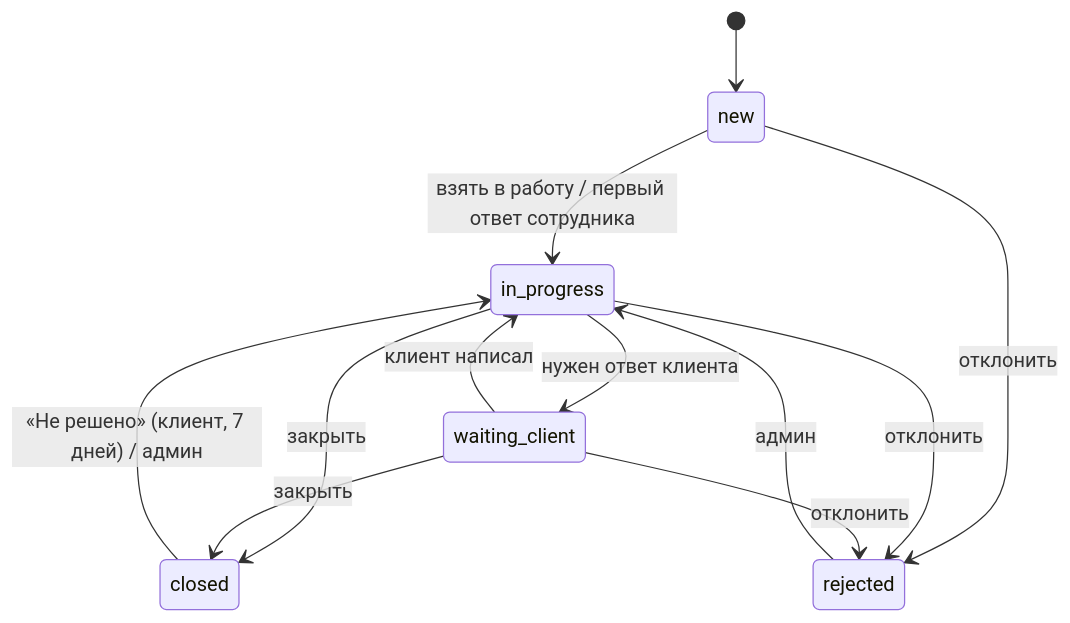
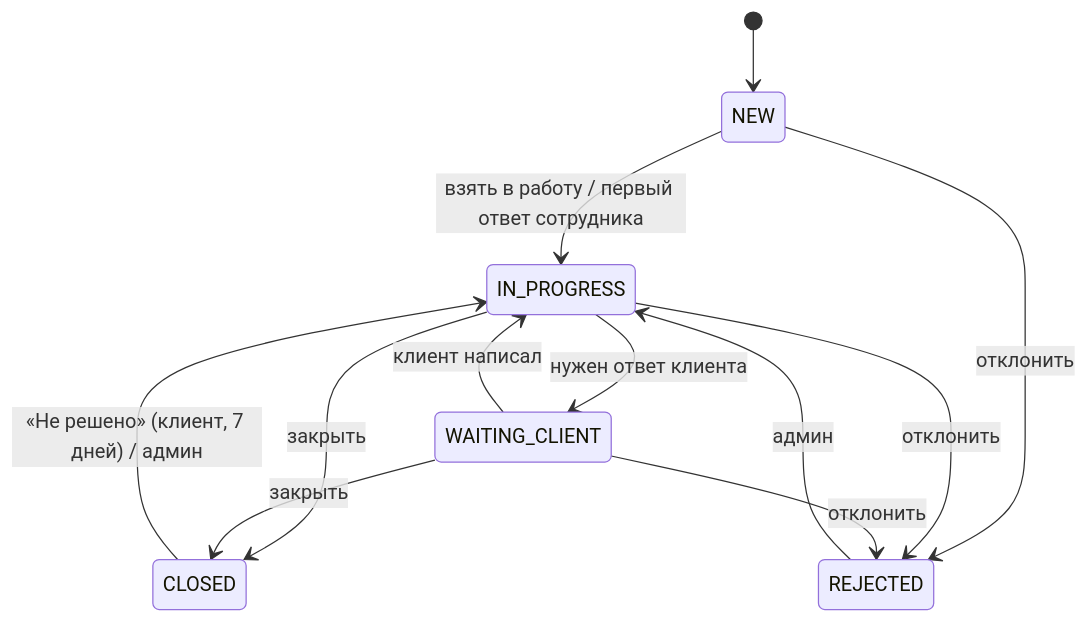
Before and after one commit to ramismaris/uk-support-service: the diagram in docs/ticket-lifecycle.md, drawn with Mermaid. The commit also changed other lines of this file and 4 other files, not shown here.

Commit message:
docs: align backend architecture with arendalike-api

````diff
--- a/docs/ticket-lifecycle.md
+++ b/docs/ticket-lifecycle.md
@@ -17,14 +17,14 @@
 ```mermaid
 stateDiagram-v2
-    [*] --> new
-    new --> in_progress: взять в работу / первый ответ сотрудника
-    new --> rejected: отклонить
-    in_progress --> waiting_client: нужен ответ клиента
-    waiting_client --> in_progress: клиент написал
-    in_progress --> closed: закрыть
-    waiting_client --> closed: закрыть
-    in_progress --> rejected: отклонить
-    waiting_client --> rejected: отклонить
-    closed --> in_progress: «Не решено» (клиент, 7 дней) / админ
-    rejected --> in_progress: админ
+    [*] --> NEW
+    NEW --> IN_PROGRESS: взять в работу / первый ответ сотрудника
+    NEW --> REJECTED: отклонить
+    IN_PROGRESS --> WAITING_CLIENT: нужен ответ клиента
+    WAITING_CLIENT --> IN_PROGRESS: клиент написал
+    IN_PROGRESS --> CLOSED: закрыть
+    WAITING_CLIENT --> CLOSED: закрыть
+    IN_PROGRESS --> REJECTED: отклонить
+    WAITING_CLIENT --> REJECTED: отклонить
+    CLOSED --> IN_PROGRESS: «Не решено» (клиент, 7 дней) / админ
+    REJECTED --> IN_PROGRESS: админ
 ```
````
